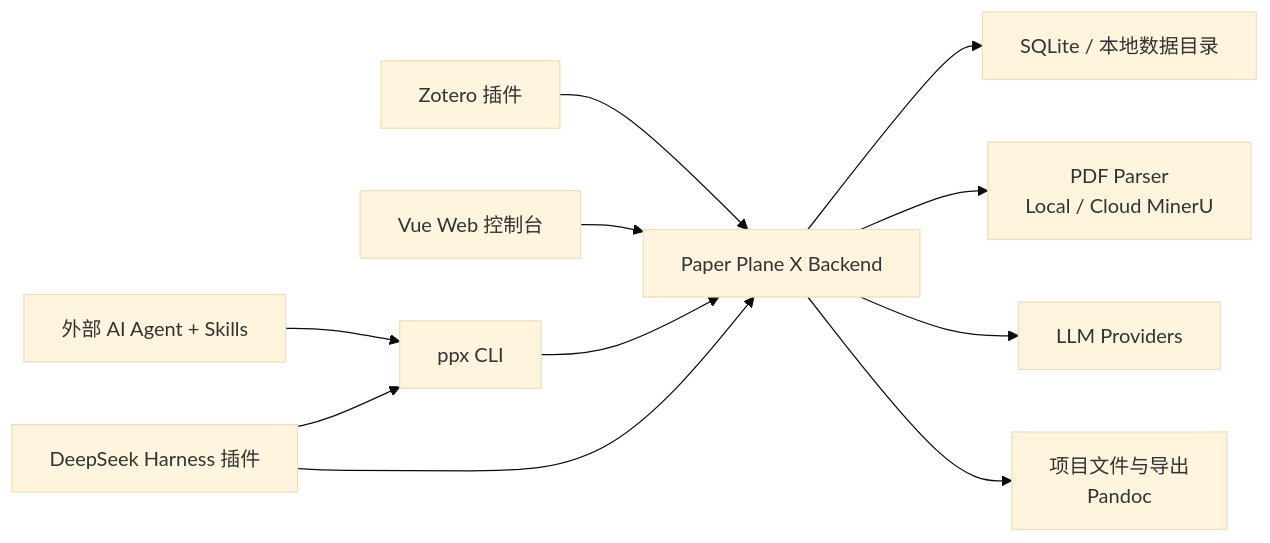
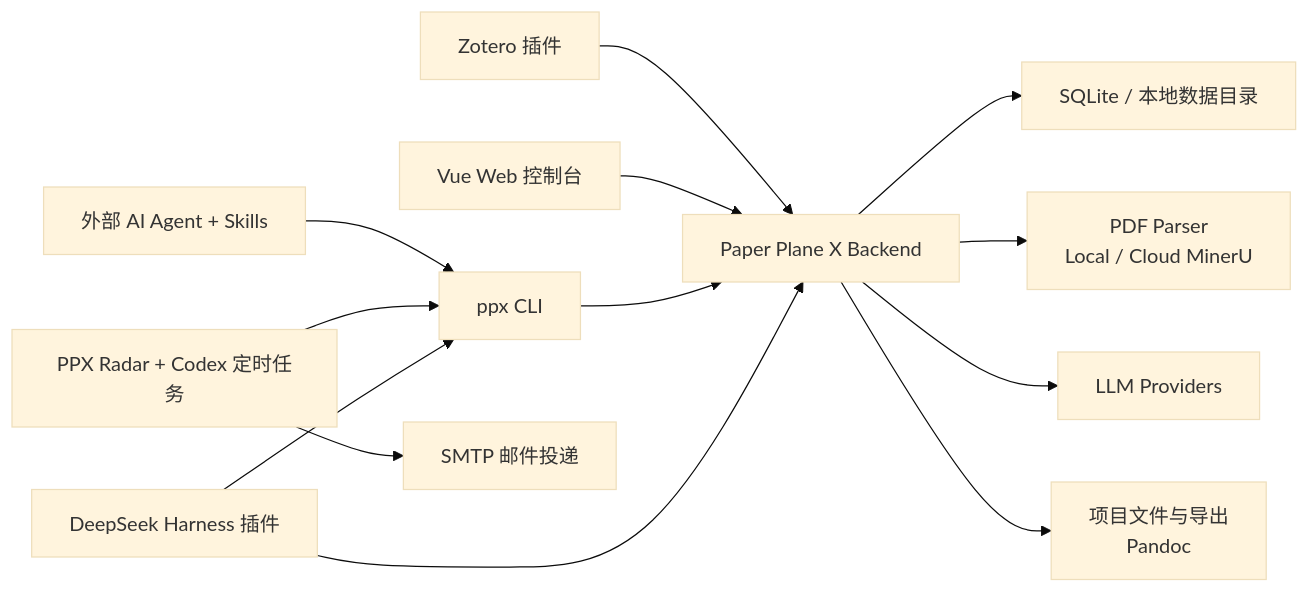
Before and after one commit to WindLX/paper_plane_x: the diagram in README.md, drawn with Mermaid (base theme). The commit also changed other lines of this file and 3 other files, not shown here.

````diff
--- a/README.md
+++ b/README.md
@@ -63,13 +63,15 @@
 ```mermaid
 flowchart LR
     Z["Zotero 插件"] --> B["Paper Plane X Backend"]
     W["Vue Web 控制台"] --> B
     C["ppx CLI"] --> B
     A["外部 AI Agent + Skills"] --> C
+    R["PPX Radar + Codex 定时任务"] --> C
+    R --> M["SMTP 邮件投递"]
     H["DeepSeek Harness 插件"] --> C
     H --> B
     B --> D["SQLite / 本地数据目录"]
     B --> P["PDF Parser\nLocal / Cloud MinerU"]
     B --> L["LLM Providers"]
     B --> F["项目文件与导出\nPandoc"]
 ```
````
